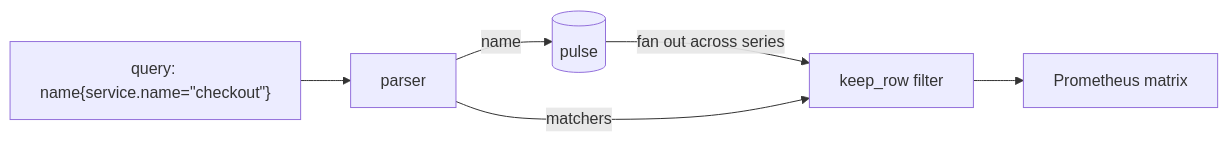
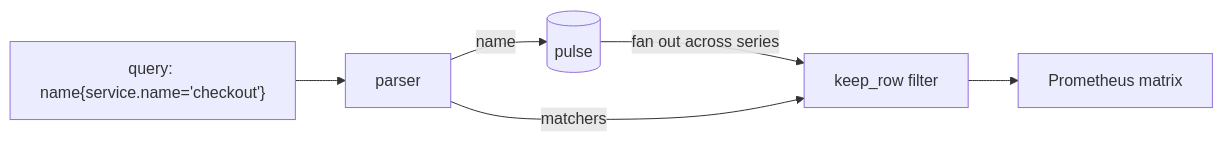
One commit to andrealaforgia/kaleidoscope-site changed the diagram in src/content/docs/getting-started/querying.md. Above: the diagram before and after it, drawn with Mermaid. The commit also changed 3 other files, not shown here.

First line of the commit message:
fix(mermaid): stop double-decoding diagram source; add site-wide WIP banner

````diff
--- a/src/content/docs/getting-started/querying.md
+++ b/src/content/docs/getting-started/querying.md
@@ -17,8 +17,8 @@
 ```mermaid
 flowchart LR
-    Q["query: name{service.name=&quot;checkout&quot;}"] --> P[parser]
+    Q["query: name{service.name='checkout'}"] --> P[parser]
     P -->|name| Pulse[(pulse)]
     Pulse -->|fan out across series| F[keep_row filter]
     P -->|matchers| F
     F --> M[Prometheus matrix]
 ```
````
